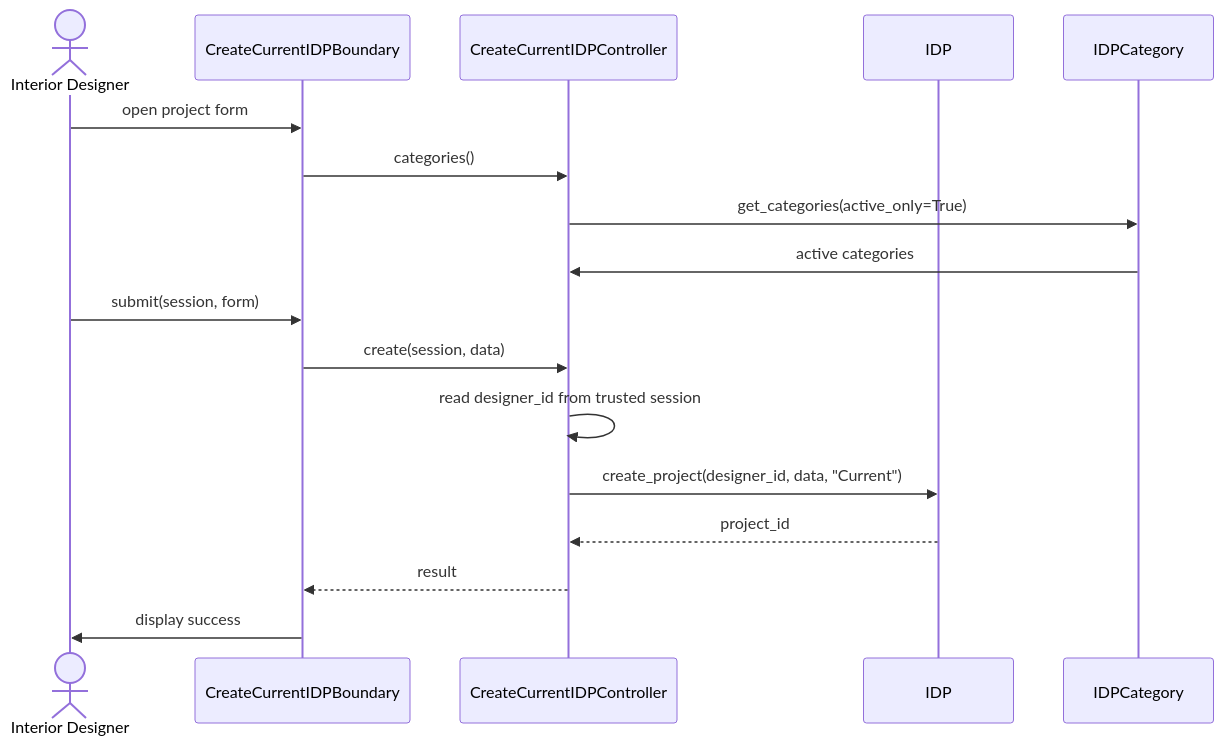
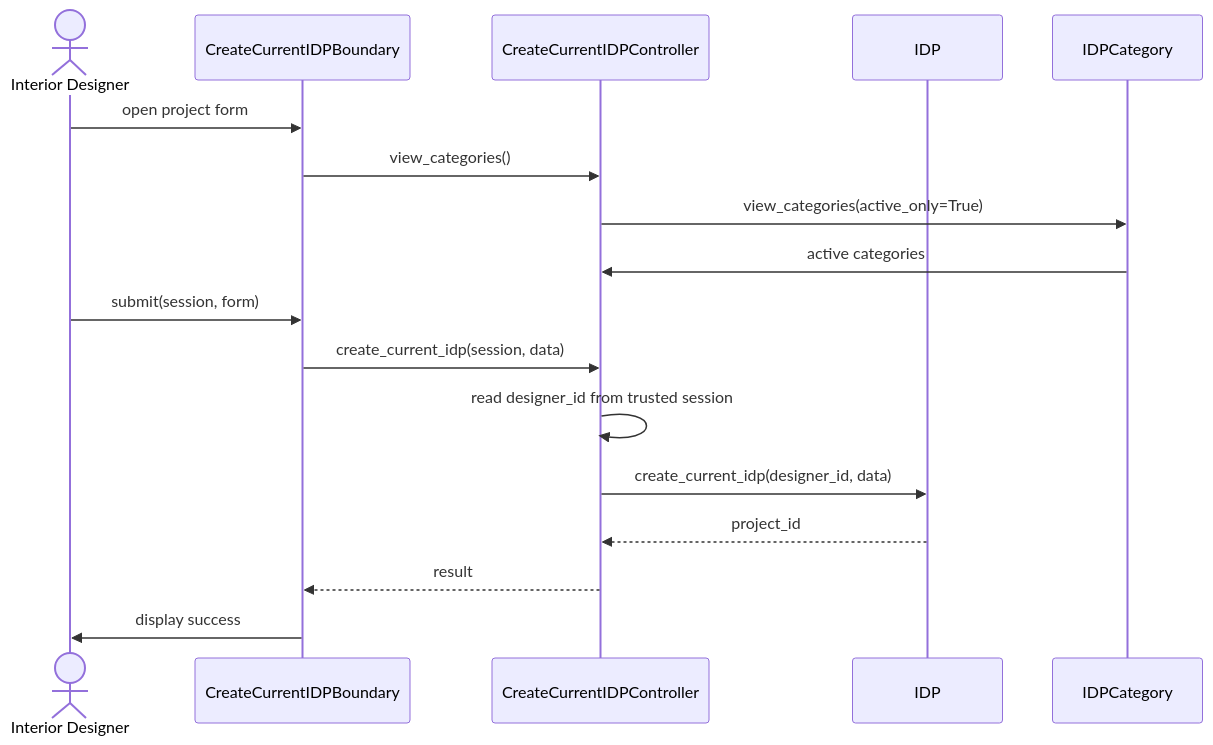
One commit to boyinapuddle/CSIT314-Chinese changed the second of 2 diagrams in diagrams/US20_Create_Current_IDP/README.md. Above: the diagram before and after it, drawn with Mermaid. The commit also changed other lines of this file and 140 other files, not shown here.

````diff
--- a/diagrams/US20_Create_Current_IDP/README.md
+++ b/diagrams/US20_Create_Current_IDP/README.md
@@ -23,19 +23,19 @@
 ```mermaid
 sequenceDiagram
     actor P0 as Interior Designer
     participant P1 as CreateCurrentIDPBoundary
     participant P2 as CreateCurrentIDPController
     participant P3 as IDP
     participant P4 as IDPCategory
     P0->>P1: open project form
-    P1->>P2: categories()
-    P2->>P4: get_categories(active_only=True)
+    P1->>P2: view_categories()
+    P2->>P4: view_categories(active_only=True)
     P4->>P2: active categories
     P0->>P1: submit(session, form)
-    P1->>P2: create(session, data)
+    P1->>P2: create_current_idp(session, data)
     P2->>P2: read designer_id from trusted session
-    P2->>P3: create_project(designer_id, data, "Current")
+    P2->>P3: create_current_idp(designer_id, data)
     P3-->>P2: project_id
     P2-->>P1: result
     P1->>P0: display success
 ```
````
